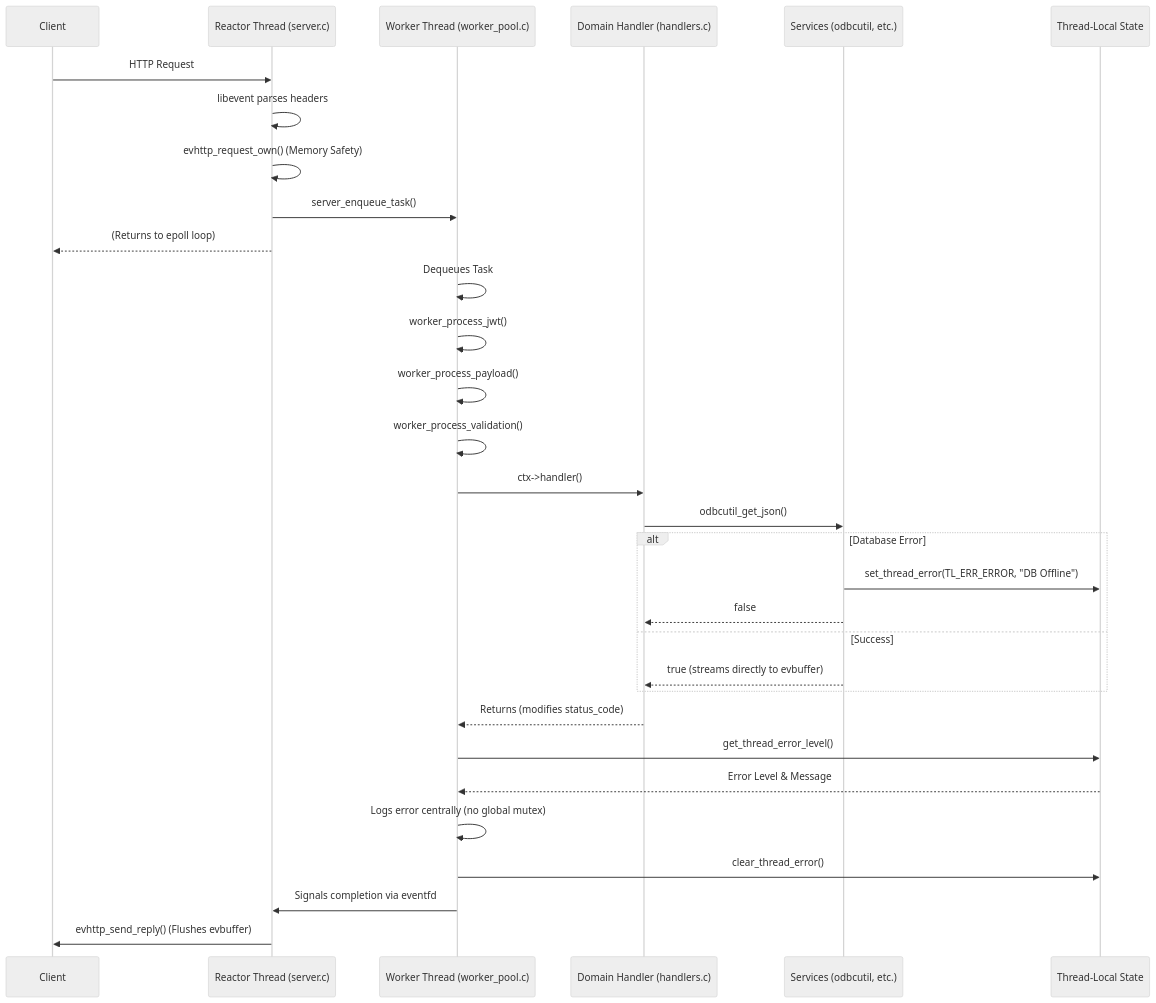
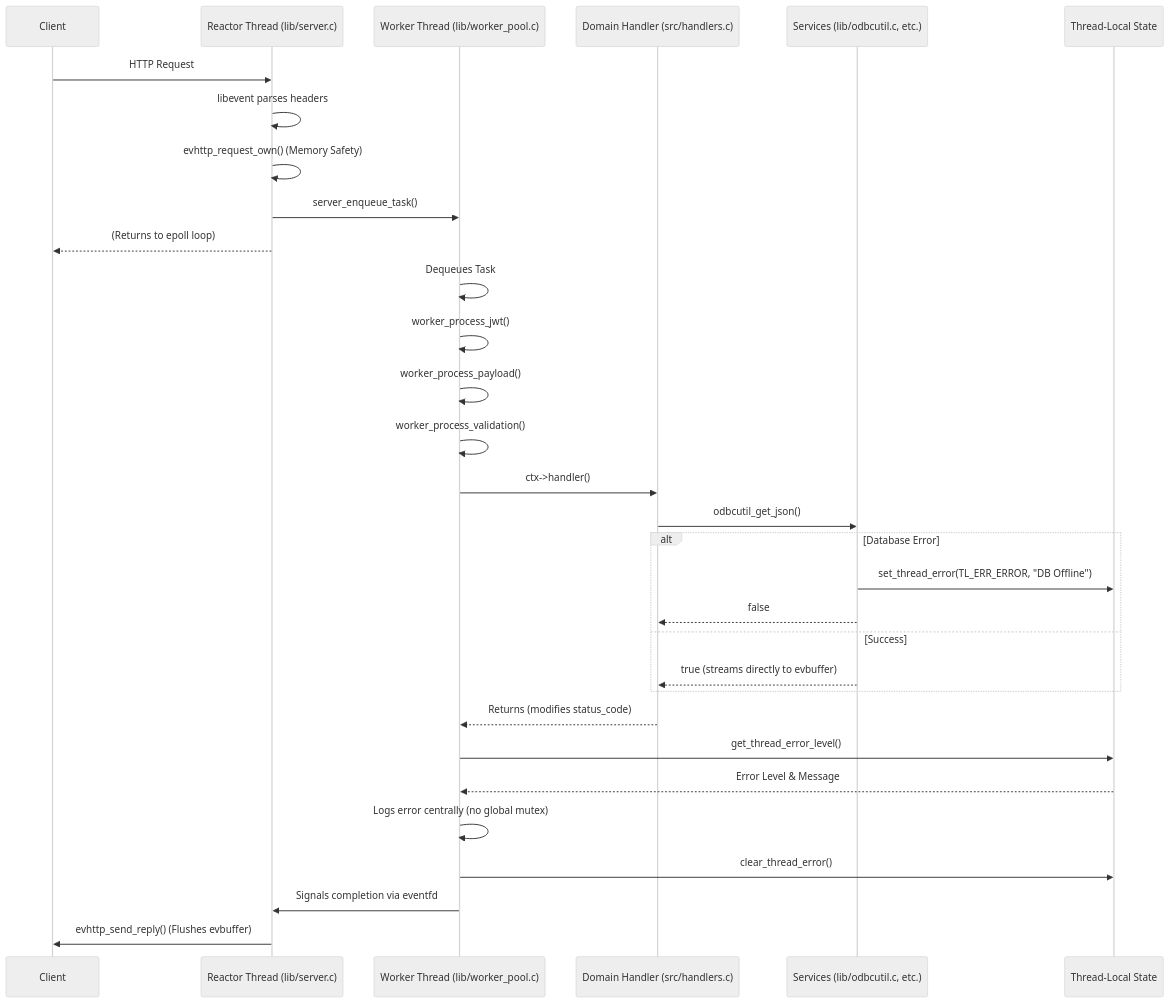
Before and after one commit to cppservergit/evhttp-apiserver: the diagram in skills.md, drawn with Mermaid (neutral theme). The commit also changed other lines of this file and 1 other file, not shown here.

Commit message:
Docs: Update architecture and safety documentation to reflect current state

````diff
--- a/skills.md
+++ b/skills.md
@@ -158,38 +158,38 @@
 ```mermaid
 sequenceDiagram
     participant Client
-    participant RT as Reactor Thread (server.c)
-    participant WT as Worker Thread (worker_pool.c)
-    participant H as Domain Handler (handlers.c)
-    participant S as Services (odbcutil, etc.)
+    participant RT as Reactor Thread (lib/server.c)
+    participant WT as Worker Thread (lib/worker_pool.c)
+    participant H as Domain Handler (src/handlers.c)
+    participant S as Services (lib/odbcutil.c, etc.)
     participant TL as Thread-Local State
     
     Client->>RT: HTTP Request
     RT->>RT: libevent parses headers
     RT->>RT: evhttp_request_own() (Memory Safety)
     RT->>WT: server_enqueue_task()
     RT-->>Client: (Returns to epoll loop)
     
     WT->>WT: Dequeues Task
     WT->>WT: worker_process_jwt()
     WT->>WT: worker_process_payload()
     WT->>WT: worker_process_validation()
     WT->>H: ctx->handler()
     
     H->>S: odbcutil_get_json()
     alt Database Error
         S->>TL: set_thread_error(TL_ERR_ERROR, "DB Offline")
         S-->>H: false
     else Success
         S-->>H: true (streams directly to evbuffer)
     end
     
     H-->>WT: Returns (modifies status_code)
     WT->>TL: get_thread_error_level()
     TL-->>WT: Error Level & Message
     WT->>WT: Logs error centrally (no global mutex)
     WT->>TL: clear_thread_error()
     
     WT->>RT: Signals completion via eventfd
     RT->>Client: evhttp_send_reply() (Flushes evbuffer)
 ```
````
